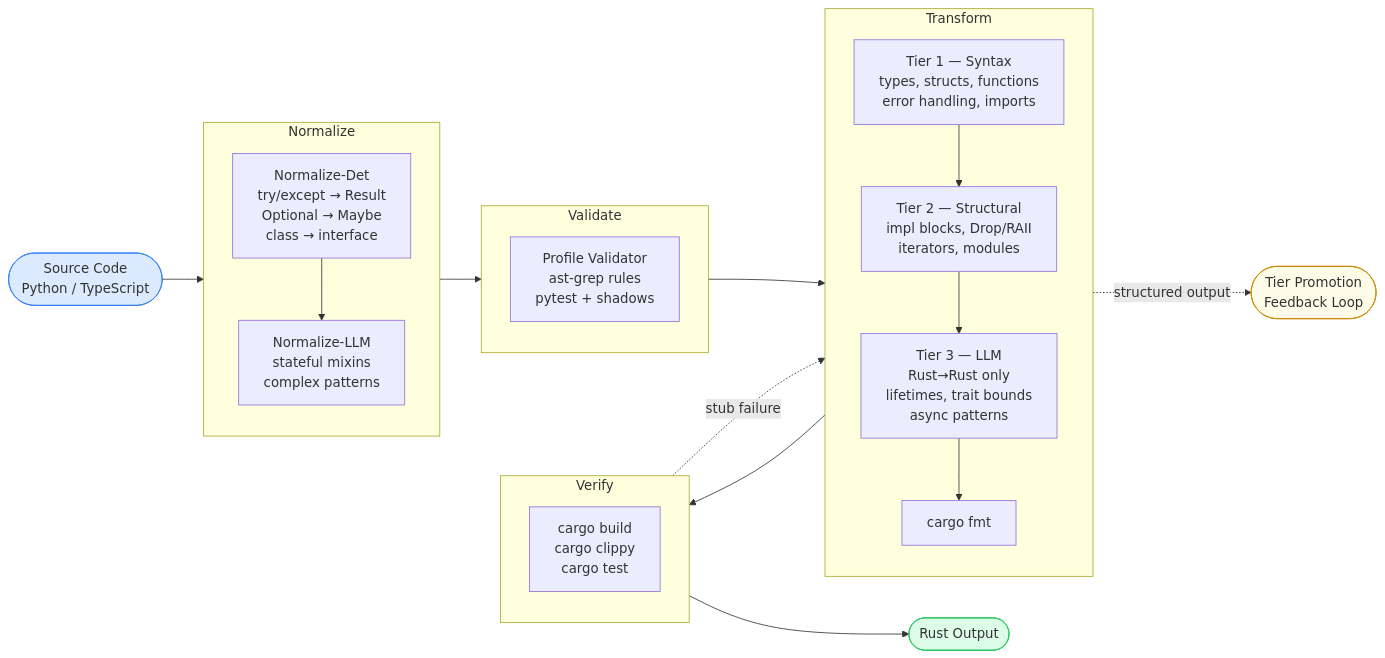
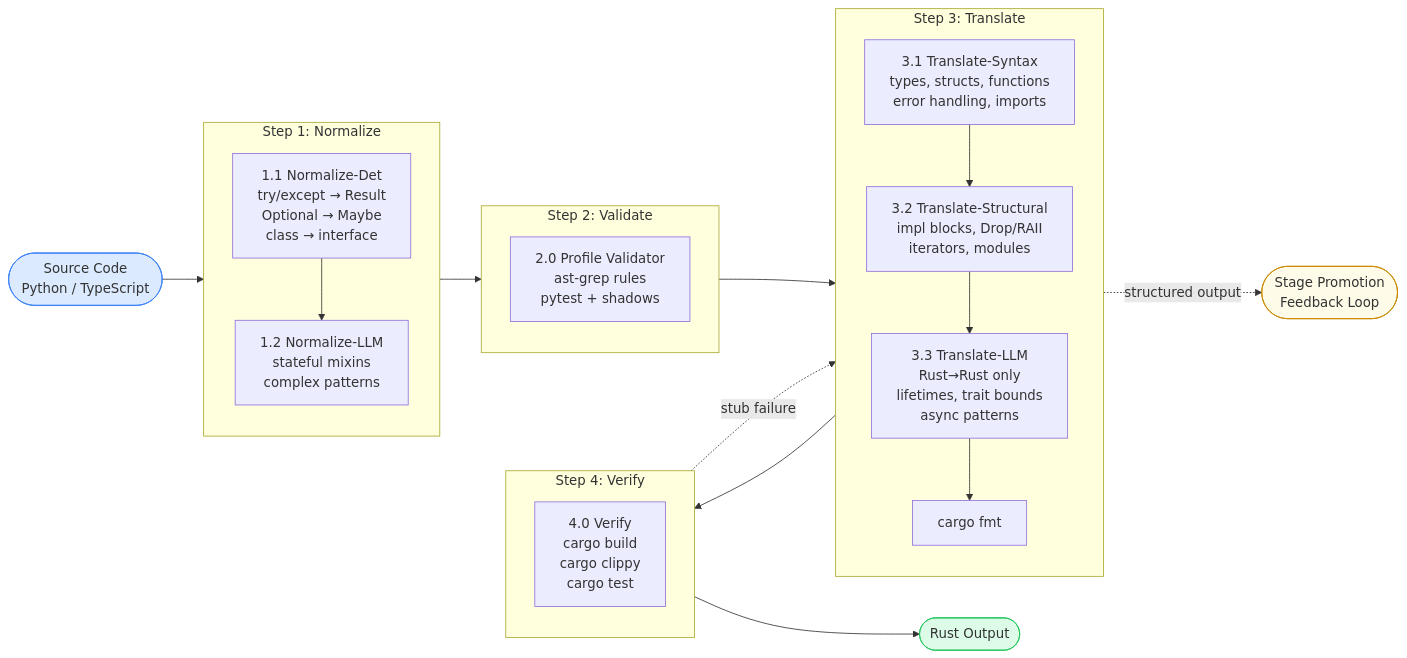
The diagram in profile/README.md (refactory-lang/.github), drawn with Mermaid before and after one commit. The commit also changed other lines of this file, not shown here.

First line of the commit message:
Terminology overhaul: Phase→Milestone, Tier→Stage, canonical step numbering

````diff
--- a/profile/README.md
+++ b/profile/README.md
@@ -48,37 +50,37 @@
 ```mermaid
 flowchart LR
     SRC([Source Code\nPython / TypeScript])
 
-    subgraph NORM [Normalize]
+    subgraph S1 ["Step 1: Normalize"]
         direction TB
-        N_DET[Normalize-Det\ntry/except → Result\nOptional → Maybe\nclass → interface]
-        N_LLM[Normalize-LLM\nstateful mixins\ncomplex patterns]
+        N_DET["1.1 Normalize-Det\ntry/except → Result\nOptional → Maybe\nclass → interface"]
+        N_LLM["1.2 Normalize-LLM\nstateful mixins\ncomplex patterns"]
         N_DET --> N_LLM
     end
 
-    subgraph VAL [Validate]
-        VALID[Profile Validator\nast-grep rules\npytest + shadows]
+    subgraph S2 ["Step 2: Validate"]
+        VALID["2.0 Profile Validator\nast-grep rules\npytest + shadows"]
     end
 
-    subgraph TRANS [Transform]
+    subgraph S3 ["Step 3: Translate"]
         direction TB
-        T1[Tier 1 — Syntax\ntypes, structs, functions\nerror handling, imports]
-        T2[Tier 2 — Structural\nimpl blocks, Drop/RAII\niterators, modules]
-        T3[Tier 3 — LLM\nRust→Rust only\nlifetimes, trait bounds\nasync patterns]
-        FMT[cargo fmt]
+        T1["3.1 Translate-Syntax\ntypes, structs, functions\nerror handling, imports"]
+        T2["3.2 Translate-Structural\nimpl blocks, Drop/RAII\niterators, modules"]
+        T3["3.3 Translate-LLM\nRust→Rust only\nlifetimes, trait bounds\nasync patterns"]
+        FMT["cargo fmt"]
         T1 --> T2 --> T3 --> FMT
     end
 
-    subgraph VER [Verify]
-        CHECK[cargo build\ncargo clippy\ncargo test]
+    subgraph S4 ["Step 4: Verify"]
+        CHECK["4.0 Verify\ncargo build\ncargo clippy\ncargo test"]
     end
 
-    SRC --> NORM --> VAL --> TRANS --> VER --> OUT([Rust Output])
+    SRC --> S1 --> S2 --> S3 --> S4 --> OUT([Rust Output])
 
-    VER -.->|stub failure| T3
-    T3 -.->|structured output| PROMO([Tier Promotion\nFeedback Loop])
+    S4 -.->|stub failure| T3
+    T3 -.->|structured output| PROMO([Stage Promotion\nFeedback Loop])
 
     style SRC fill:#dbeafe,stroke:#3b82f6
     style OUT fill:#dcfce7,stroke:#22c55e
     style PROMO fill:#fefce8,stroke:#ca8a04
 ```
````
